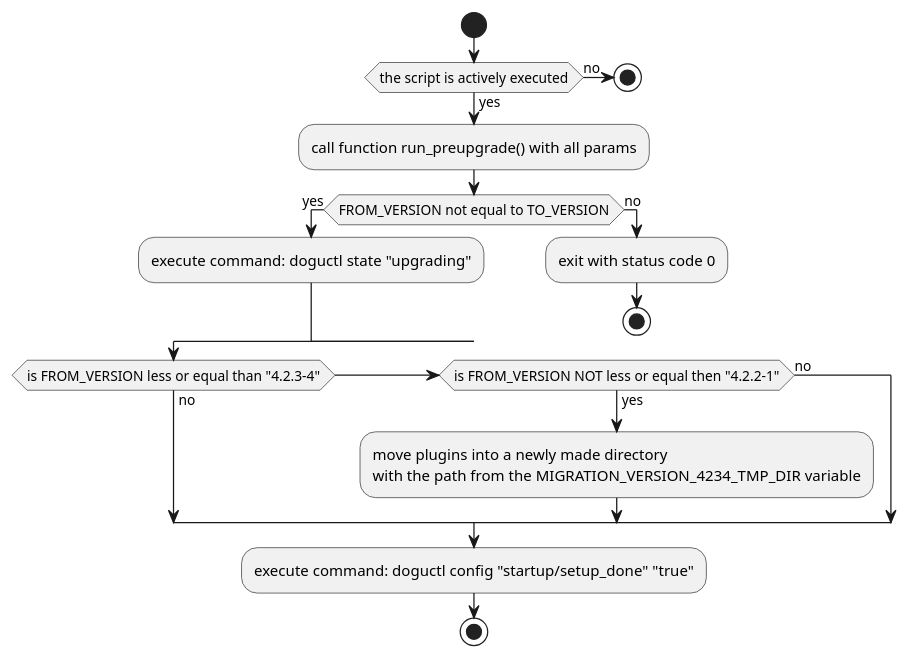
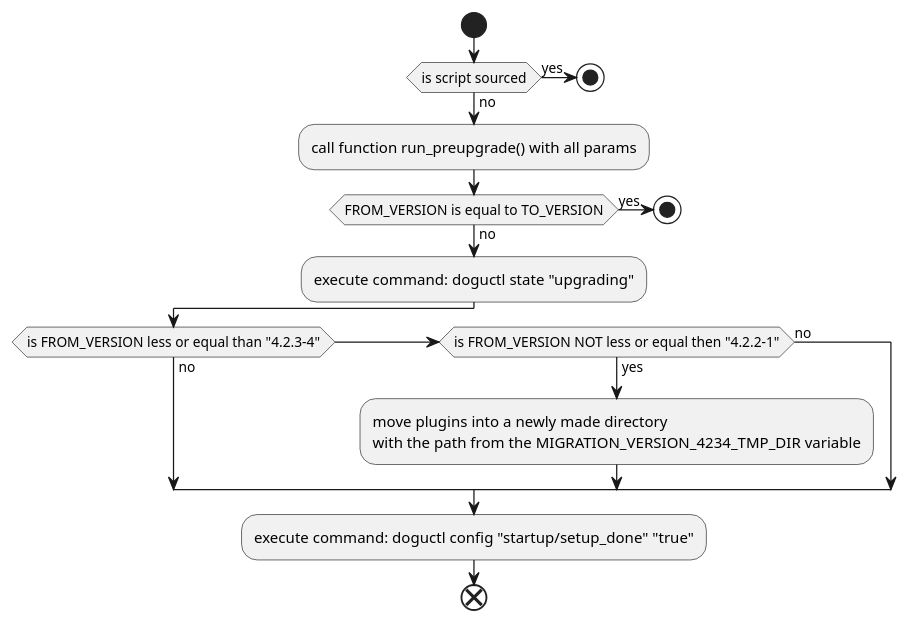
Before and after one commit to cloudogu/redmine: the diagram in docs/development/figures/pre_upgrade_workflow.puml, drawn with PlantUML. The commit also changed 3 other files, not shown here.

Commit message:
#80 update diagrams for documentation

```diff
--- a/docs/development/figures/pre_upgrade_workflow.puml
+++ b/docs/development/figures/pre_upgrade_workflow.puml
@@ -1,27 +1,26 @@
 @startuml
 start
 
-if (the script is actively executed) then (yes)
-:call function run_preupgrade() with all params;
+if (is script sourced) then (yes)
+    stop
 else (no)
- stop
+    :call function run_preupgrade() with all params;
 endif
 
-if (FROM_VERSION not equal to TO_VERSION) then (yes)
-:execute command: doguctl state "upgrading";
+if (FROM_VERSION is equal to TO_VERSION) then (yes)
+    stop
 else (no)
-:exit with status code 0;
-stop
+    :execute command: doguctl state "upgrading";
 endif
 
 if (is FROM_VERSION less or equal than "4.2.3-4") then (no)
     elseif (is FROM_VERSION NOT less or equal then "4.2.2-1") then (yes)
     :move plugins into a newly made directory
     with the path from the MIGRATION_VERSION_4234_TMP_DIR variable;
    else (no)
 endif
 
 :execute command: doguctl config "startup/setup_done" "true";
-stop
+end
 
 @enduml
```
